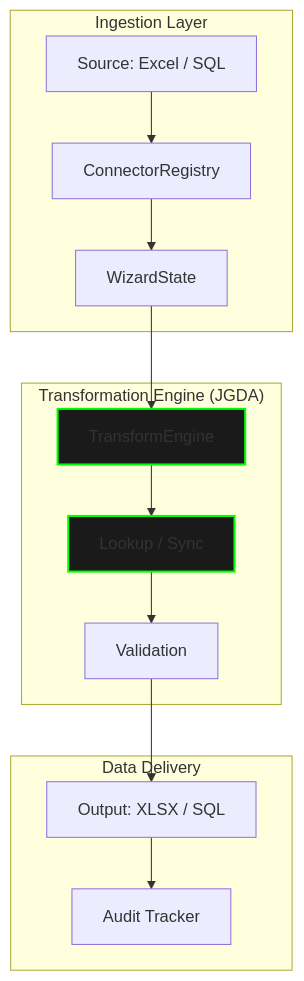
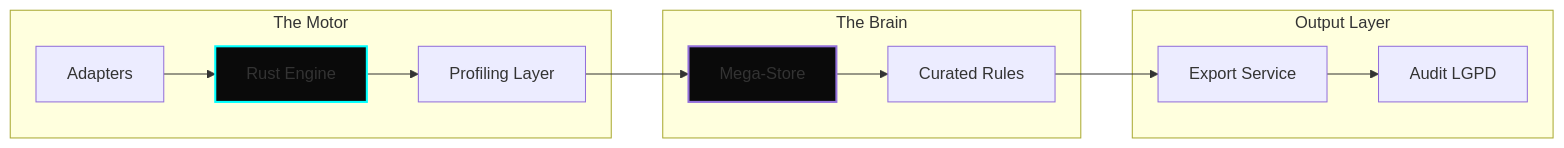
The second of 2 diagrams in JGDA/README.en.md (alldevitone-maker/Genaja), drawn with Mermaid before and after one commit. The commit also changed other lines of this file and 86 other files, not shown here.

````diff
--- a/JGDA/README.en.md
+++ b/JGDA/README.en.md
@@ -25,21 +38,20 @@
 ```mermaid
-graph TD
-    subgraph "Ingestion Layer"
-        A[Source: Excel / SQL] --> B[ConnectorRegistry]
-        B --> C[WizardState]
+graph LR
+    subgraph "The Motor"
+        AD[Adapters] --> RD[Rust Engine]
+        RD --> PL[Profiling Layer]
     end
 
-    subgraph "Transformation Engine (JGDA)"
-        C --> D[TransformEngine]
-        D --> E[Lookup / Sync]
-        E --> F[Validation]
+    subgraph "The Brain"
+        PL --> MS[Mega-Store]
+        MS --> CS[Curated Rules]
     end
 
-    subgraph "Data Delivery"
-        F --> G[Output: XLSX / SQL]
-        G --> H[Audit Tracker]
+    subgraph "Output Layer"
+        CS --> EX[Export Service]
+        EX --> AU[Audit LGPD]
     end
 
-    style D fill:#1a1a1a,stroke:#00ff00,stroke-width:2px
-    style E fill:#1a1a1a,stroke:#00ff00,stroke-width:2px
+    style RD fill:#0a0a0a,stroke:#00ffff,stroke-width:2px
+    style MS fill:#0a0a0a,stroke:#amber,stroke-width:2px
 ```
````
